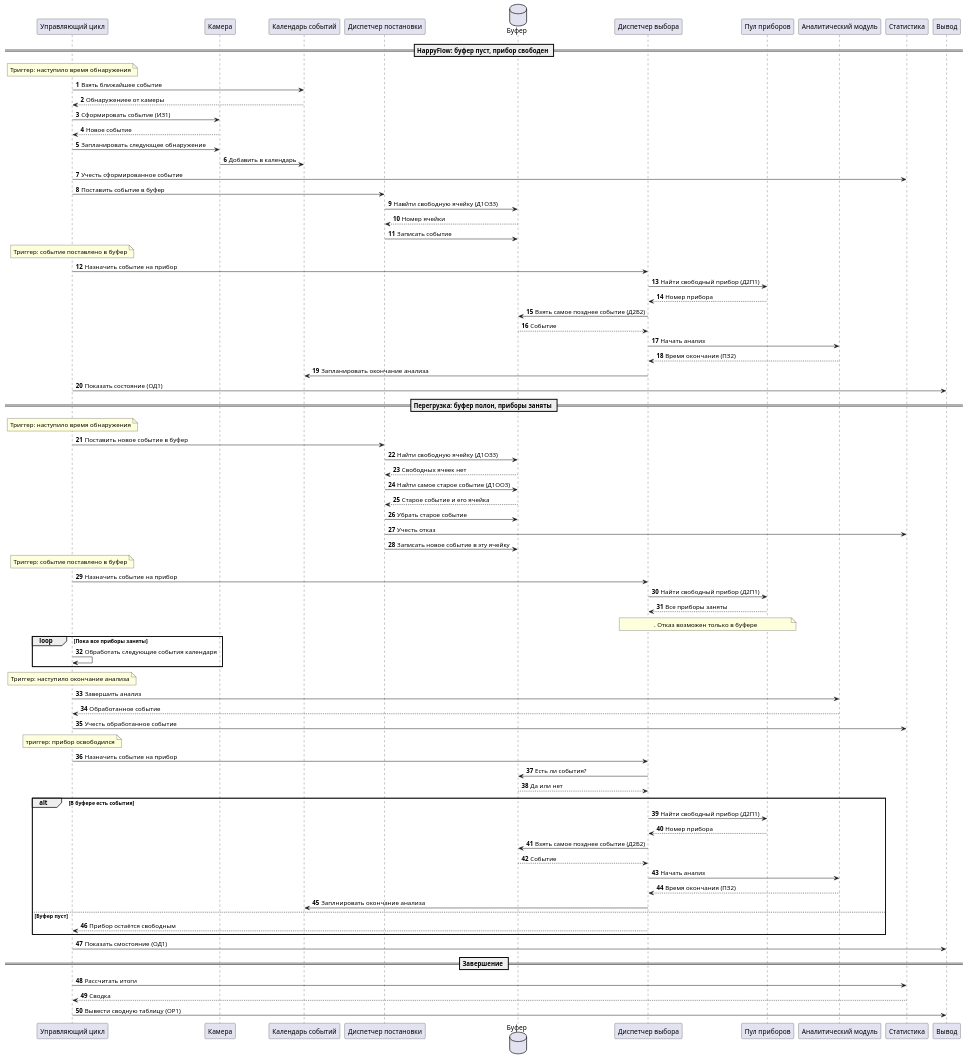
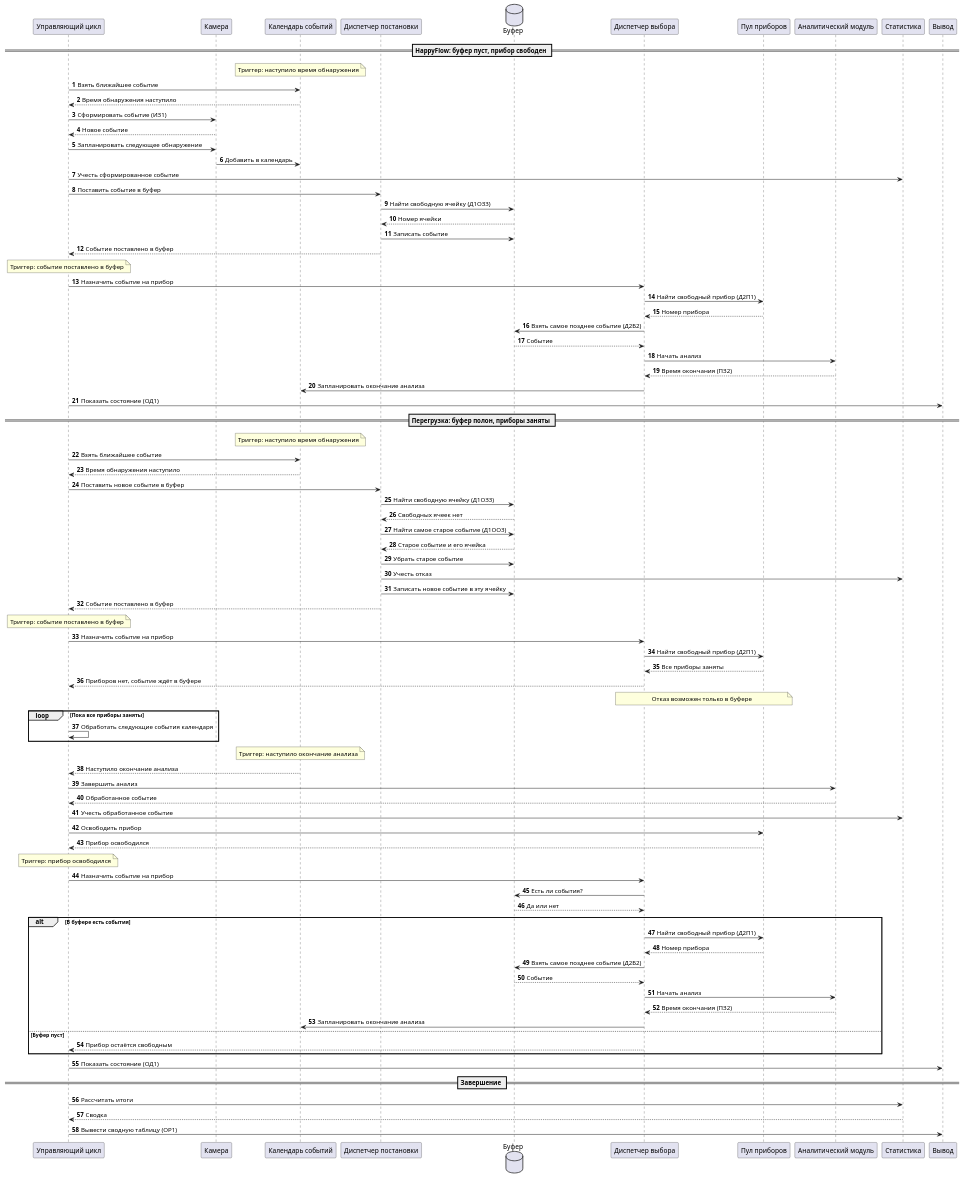
One commit to Landkreuzer-Ratte/aps changed the diagram in diagrams/sequence.puml. Above: the diagram before and after it, drawn with PlantUML.

```diff
--- a/diagrams/sequence.puml
+++ b/diagrams/sequence.puml
@@ -1,99 +1,102 @@
 @startuml sequence
 
 autonumber
 
 participant "Управляющий цикл" as Sim
 participant "Камера" as Camera
 participant "Календарь событий" as Calendar
 participant "Диспетчер постановки" as Admission
 database "Буфер" as Buffer
 participant "Диспетчер выбора" as Selection
 participant "Пул приборов" as Pool
 participant "Аналитический модуль" as Module
 participant "Статистика" as Stats
 participant "Вывод" as View
 
-note over Sim, View
-end note
-
 == HappyFlow: буфер пуст, прибор свободен ==
 
-note over Sim: Триггер: наступило время обнаружения
+note over Calendar: Триггер: наступило время обнаружения
 Sim -> Calendar: Взять ближайшее событие
-Calendar --> Sim: Обнаружениее от камеры
+Calendar --> Sim: Время обнаружения наступило
 Sim -> Camera: Сформировать событие (ИЗ1)
 Camera --> Sim: Новое событие
 Sim -> Camera: Запланировать следующее обнаружение
 Camera -> Calendar: Добавить в календарь
 Sim -> Stats: Учесть сформированное событие
 
 Sim -> Admission: Поставить событие в буфер
-Admission -> Buffer: Навйти свободную ячейку (Д1ОЗ3)
+Admission -> Buffer: Найти свободную ячейку (Д1ОЗ3)
 Buffer --> Admission: Номер ячейки
 Admission -> Buffer: Записать событие
+Admission --> Sim: Событие поставлено в буфер
 
 note over Sim: Триггер: событие поставлено в буфер
 Sim -> Selection: Назначить событие на прибор
 Selection -> Pool: Найти свободный прибор (Д2П1)
 Pool --> Selection: Номер прибора
 Selection -> Buffer: Взять самое позднее событие (Д2Б2)
 Buffer --> Selection: Событие
 Selection -> Module: Начать анализ
 Module --> Selection: Время окончания (ПЗ2)
 Selection -> Calendar: Запланировать окончание анализа
 Sim -> View: Показать состояние (ОД1)
 
 == Перегрузка: буфер полон, приборы заняты ==
 
-note over Sim: Триггер: наступило время обнаружения
+note over Calendar: Триггер: наступило время обнаружения
+Sim -> Calendar: Взять ближайшее событие
+Calendar --> Sim: Время обнаружения наступило
 Sim -> Admission: Поставить новое событие в буфер
 Admission -> Buffer: Найти свободную ячейку (Д1ОЗ3)
 Buffer --> Admission: Свободных ячеек нет
 Admission -> Buffer: Найти самое старое событие (Д1ОО3)
 Buffer --> Admission: Старое событие и его ячейка
 Admission -> Buffer: Убрать старое событие
 Admission -> Stats: Учесть отказ
 Admission -> Buffer: Записать новое событие в эту ячейку
+Admission --> Sim: Событие поставлено в буфер
 
 note over Sim: Триггер: событие поставлено в буфер
 Sim -> Selection: Назначить событие на прибор
 Selection -> Pool: Найти свободный прибор (Д2П1)
 Pool --> Selection: Все приборы заняты
-note over Selection, Pool: . Отказ возможен только в буфере
+Selection --> Sim: Приборов нет, событие ждёт в буфере
+note over Selection, Pool: Отказ возможен только в буфере
 
 loop Пока все приборы заняты
     Sim -> Sim: Обработать следующие события календаря
 end
 
-
-
-note over Sim: Триггер: наступило окончание анализа
+note over Calendar: Триггер: наступило окончание анализа
+Calendar --> Sim: Наступило окончание анализа
 Sim -> Module: Завершить анализ
 Module --> Sim: Обработанное событие
 Sim -> Stats: Учесть обработанное событие
+Sim -> Pool: Освободить прибор
+Pool --> Sim: Прибор освободился
 
-note over Sim: триггер: прибор освободился
+note over Sim: Триггер: прибор освободился
 Sim -> Selection: Назначить событие на прибор
 Selection -> Buffer: Есть ли события?
 Buffer --> Selection: Да или нет
 
 alt В буфере есть события
     Selection -> Pool: Найти свободный прибор (Д2П1)
     Pool --> Selection: Номер прибора
     Selection -> Buffer: Взять самое позднее событие (Д2Б2)
     Buffer --> Selection: Событие
     Selection -> Module: Начать анализ
     Module --> Selection: Время окончания (ПЗ2)
-    Selection -> Calendar: Заплнировать окончание анализа
+    Selection -> Calendar: Запланировать окончание анализа
 else Буфер пуст
     Selection --> Sim: Прибор остаётся свободным
 end
-Sim -> View: Показать смостояние (ОД1)
+Sim -> View: Показать состояние (ОД1)
 
 == Завершение ==
 
 Sim -> Stats: Рассчитать итоги
 Stats --> Sim: Сводка
 Sim -> View: Вывести сводную таблицу (ОР1)
 
 @enduml
```
